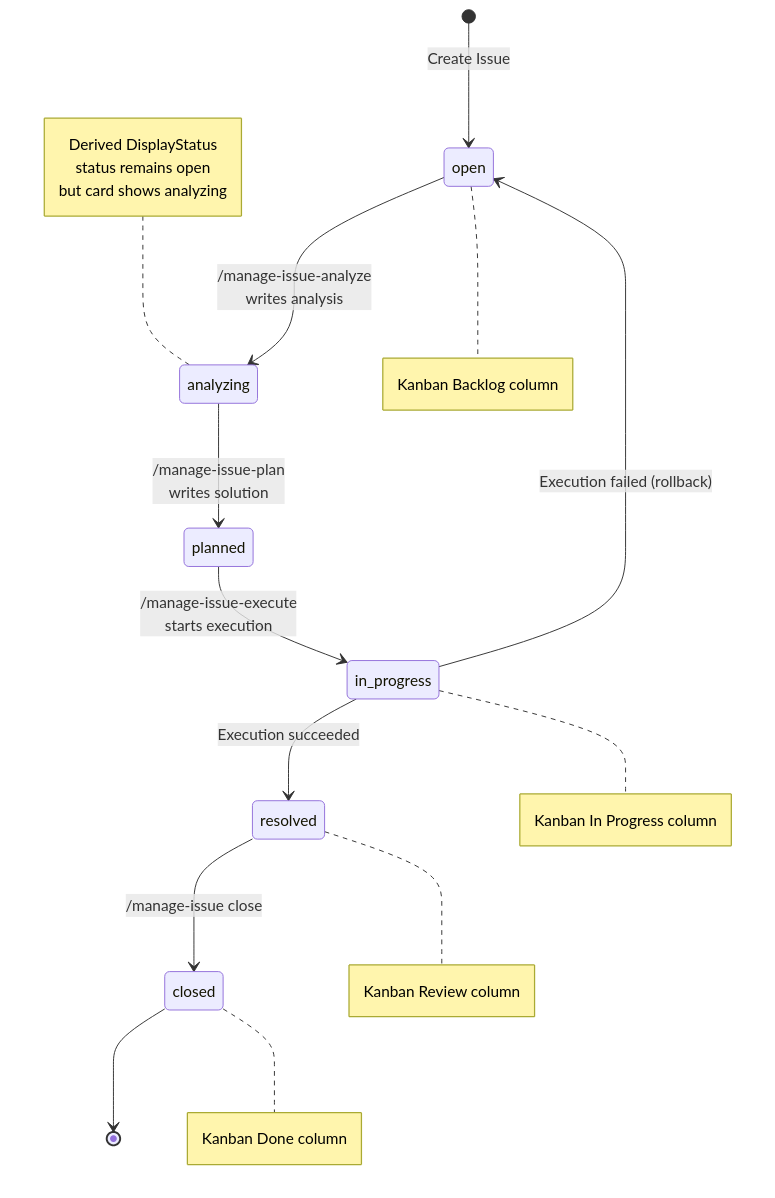
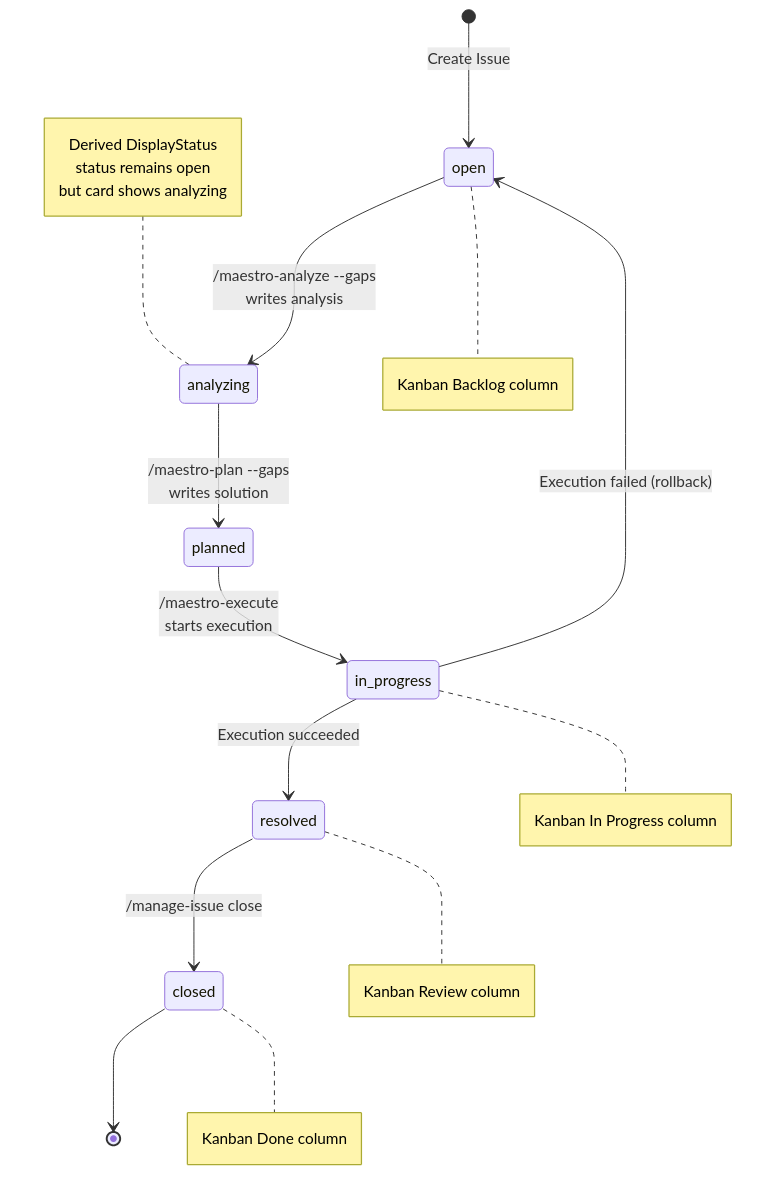
Before and after one commit to catlog22/maestro-flow: the fourth of 9 diagrams in guide/command-usage-guide.en.md, drawn with Mermaid. The commit also changed other lines of this file and 75 other files, not shown here.

````diff
--- a/guide/command-usage-guide.en.md
+++ b/guide/command-usage-guide.en.md
@@ -197,22 +197,22 @@
 ```mermaid
 stateDiagram-v2
     [*] --> open: Create Issue
-    open --> analyzing: /manage-issue-analyze<br>writes analysis
-    analyzing --> planned: /manage-issue-plan<br>writes solution
-    planned --> in_progress: /manage-issue-execute<br>starts execution
+    open --> analyzing: /maestro-analyze --gaps<br>writes analysis
+    analyzing --> planned: /maestro-plan --gaps<br>writes solution
+    planned --> in_progress: /maestro-execute<br>starts execution
     in_progress --> resolved: Execution succeeded
     in_progress --> open: Execution failed (rollback)
     resolved --> closed: /manage-issue close
     closed --> [*]
 
     note right of open: Kanban Backlog column
     note right of in_progress: Kanban In Progress column
     note right of resolved: Kanban Review column
     note right of closed: Kanban Done column
 
     note left of analyzing
         Derived DisplayStatus
         status remains open
         but card shows analyzing
     end note
 ```
````
